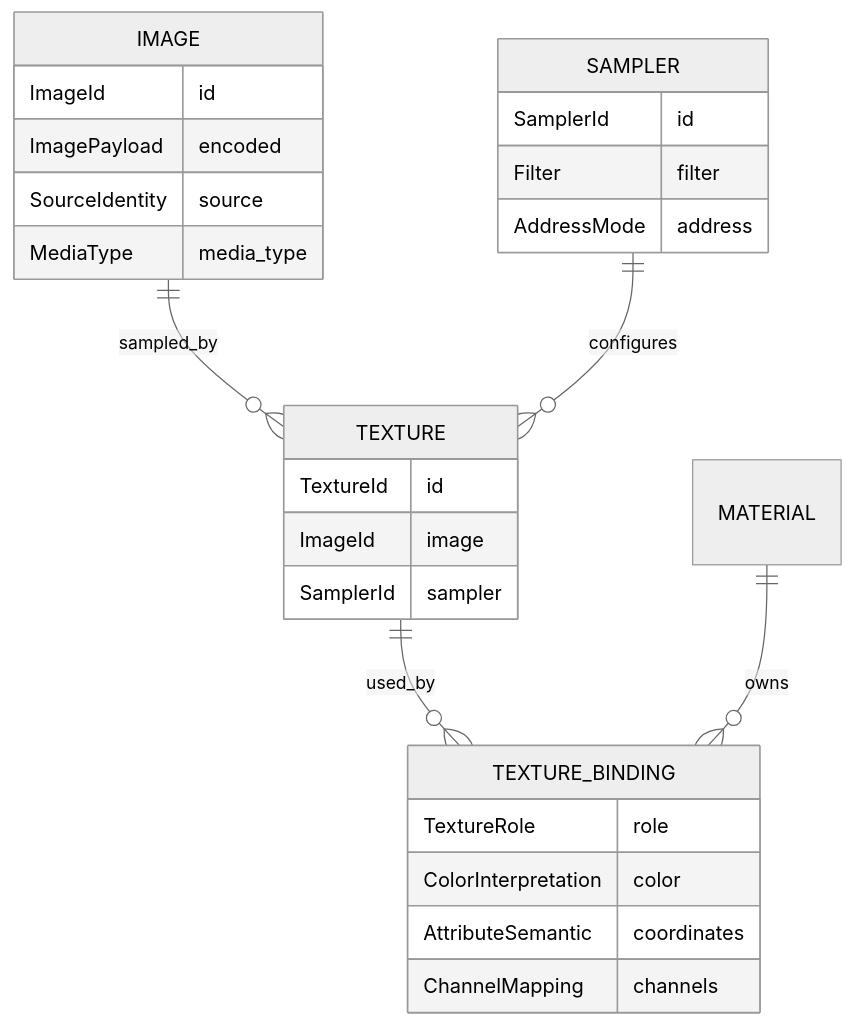
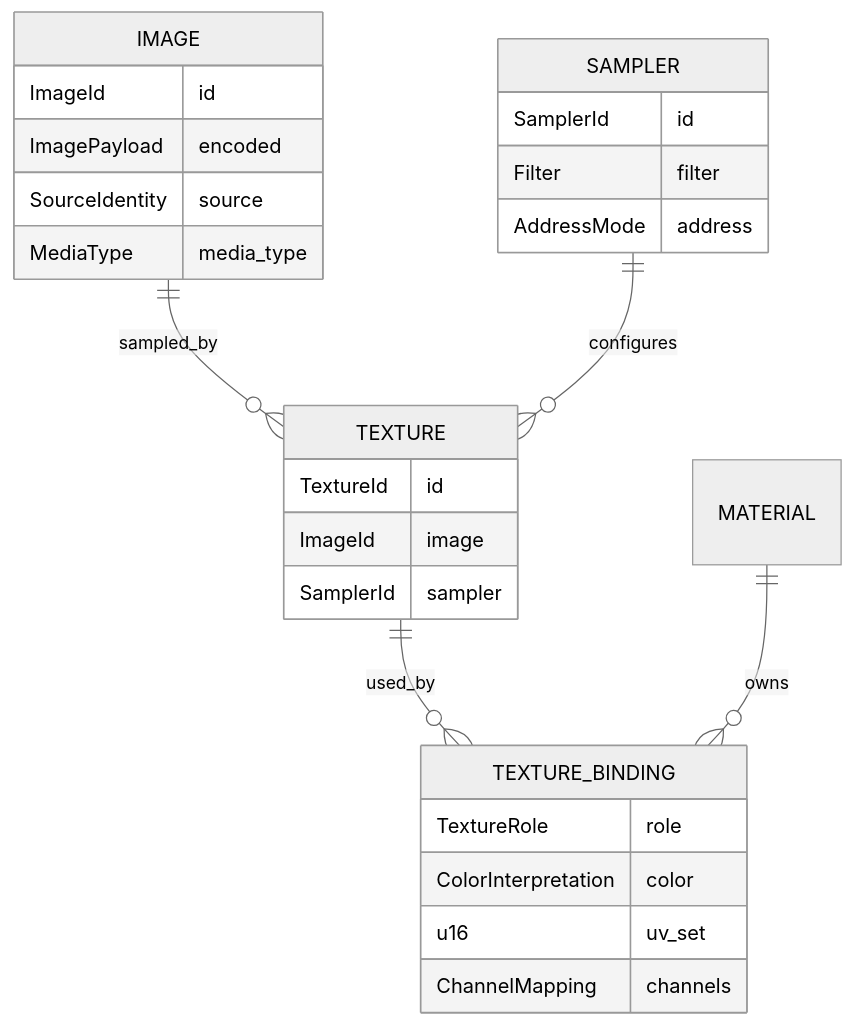
Before and after one commit to Latias94/baozi: the diagram in docs/adr/0012-material-texture-image-and-color-space-policy.md, drawn with Mermaid (neutral theme). The commit also changed other lines of this file and 63 other files, not shown here.

````diff
--- a/docs/adr/0012-material-texture-image-and-color-space-policy.md
+++ b/docs/adr/0012-material-texture-image-and-color-space-policy.md
@@ -64,30 +75,30 @@
 ```mermaid
 erDiagram
     IMAGE ||--o{ TEXTURE : sampled_by
     SAMPLER ||--o{ TEXTURE : configures
     TEXTURE ||--o{ TEXTURE_BINDING : used_by
     MATERIAL ||--o{ TEXTURE_BINDING : owns
 
     IMAGE {
       ImageId id
       ImagePayload encoded
       SourceIdentity source
       MediaType media_type
     }
     SAMPLER {
       SamplerId id
       Filter filter
       AddressMode address
     }
     TEXTURE {
       TextureId id
       ImageId image
       SamplerId sampler
     }
     TEXTURE_BINDING {
       TextureRole role
       ColorInterpretation color
-      AttributeSemantic coordinates
+      u16 uv_set
       ChannelMapping channels
     }
 ```
````
